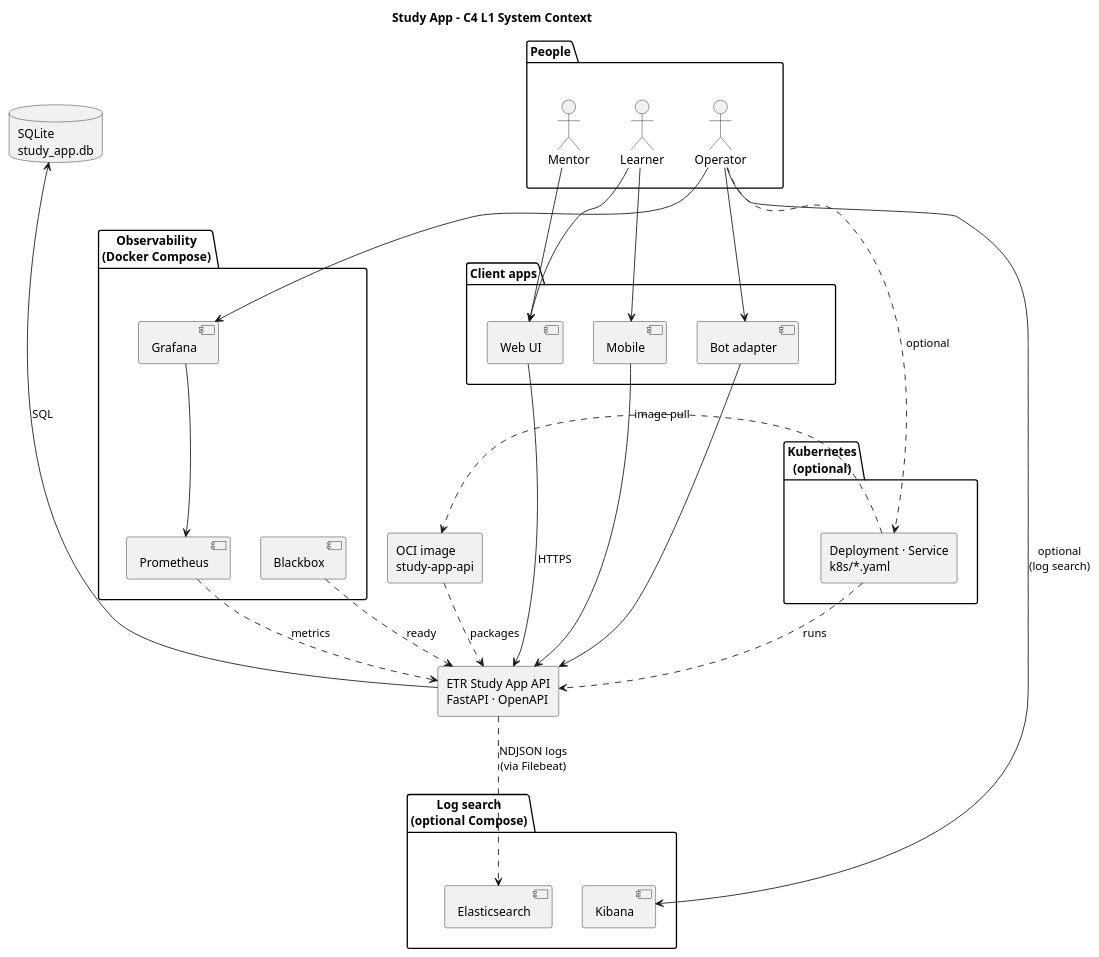
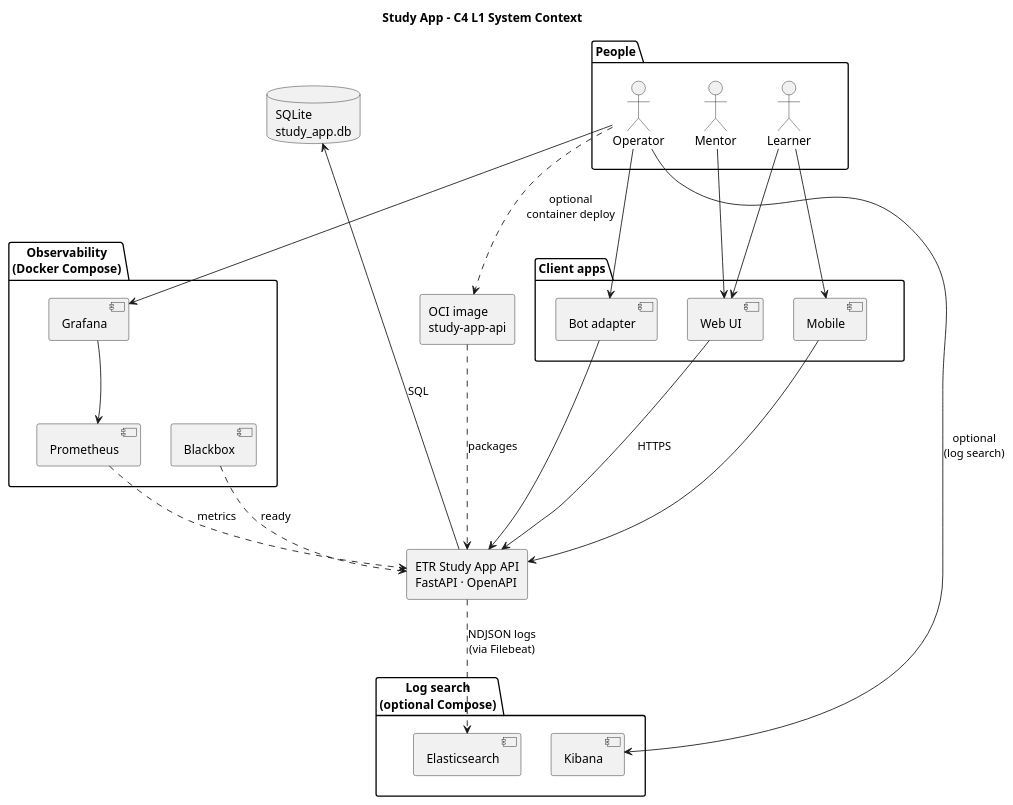
The diagram in docs/uml/architecture/system_context_view.puml (iboiarkin96/etr_study_api), drawn with PlantUML before and after one commit. The commit also changed 48 other files, not shown here.

```diff
--- a/docs/uml/architecture/system_context_view.puml
+++ b/docs/uml/architecture/system_context_view.puml
@@ -1,73 +1,67 @@
 @startuml
 title Study App - C4 L1 System Context
 
 top to bottom direction
 
 package "People" as People {
   actor Learner
   actor Mentor
   actor Operator
 }
 
 package "Client apps" as Clients {
   [Web UI] as Web
   [Mobile] as Mobile
   [Bot adapter] as Bot
   Web -[hidden]right- Mobile
   Mobile -[hidden]right- Bot
 }
 
 rectangle "ETR Study App API\nFastAPI · OpenAPI" as Api
 
 database "SQLite\nstudy_app.db" as Db
 rectangle "OCI image\nstudy-app-api" as Img
 
-package "Kubernetes\n(optional)" as K8s {
-  rectangle "Deployment · Service\nk8s/*.yaml" as K8sDep
-}
-
 package "Observability\n(Docker Compose)" as Obs {
   [Grafana] as Graf
   [Prometheus] as Prom
   [Blackbox] as Bbx
   Graf -[hidden]right- Prom
   Prom -[hidden]right- Bbx
 }
 
 package "Log search\n(optional Compose)" as LogSearch {
   [Elasticsearch] as ES
   [Kibana] as Kib
   ES -[hidden]right- Kib
 }
 
 People -[hidden]down- Clients
 Clients -[hidden]down- Api
 Api -[hidden]down- Db
 Db -[hidden]right- Img
-Img -[hidden]right- K8s
+Img -[hidden]right- Obs
 Db -[hidden]down- Obs
 Db -[hidden]right- LogSearch
 
 Learner --> Web
 Learner --> Mobile
 Mentor --> Web
 Operator --> Bot
 Operator --> Graf
 Operator --> Kib : optional\n(log search)
-Operator ..> K8sDep : optional
+Operator ..> Img : optional\ncontainer deploy
 
 Web --> Api : HTTPS
 Mobile --> Api
 Bot --> Api
 
 Api --> Db : SQL
 Img ..> Api : packages
-K8sDep ..> Img : image pull
-K8sDep ..> Api : runs
 
 Prom ..> Api : metrics
 Bbx ..> Api : ready
 Graf --> Prom
 Api ..> ES : NDJSON logs\n(via Filebeat)
 
 @enduml
```
